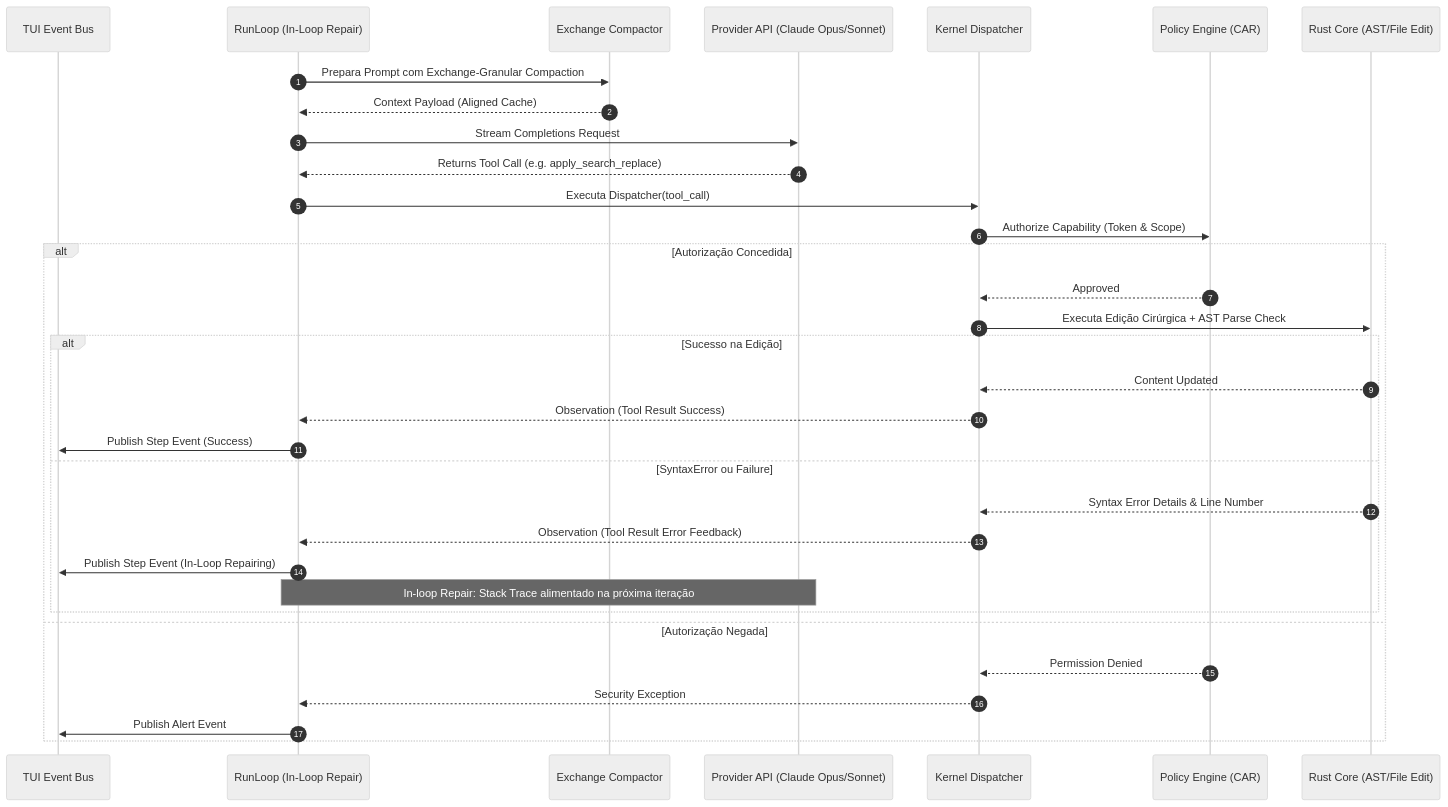
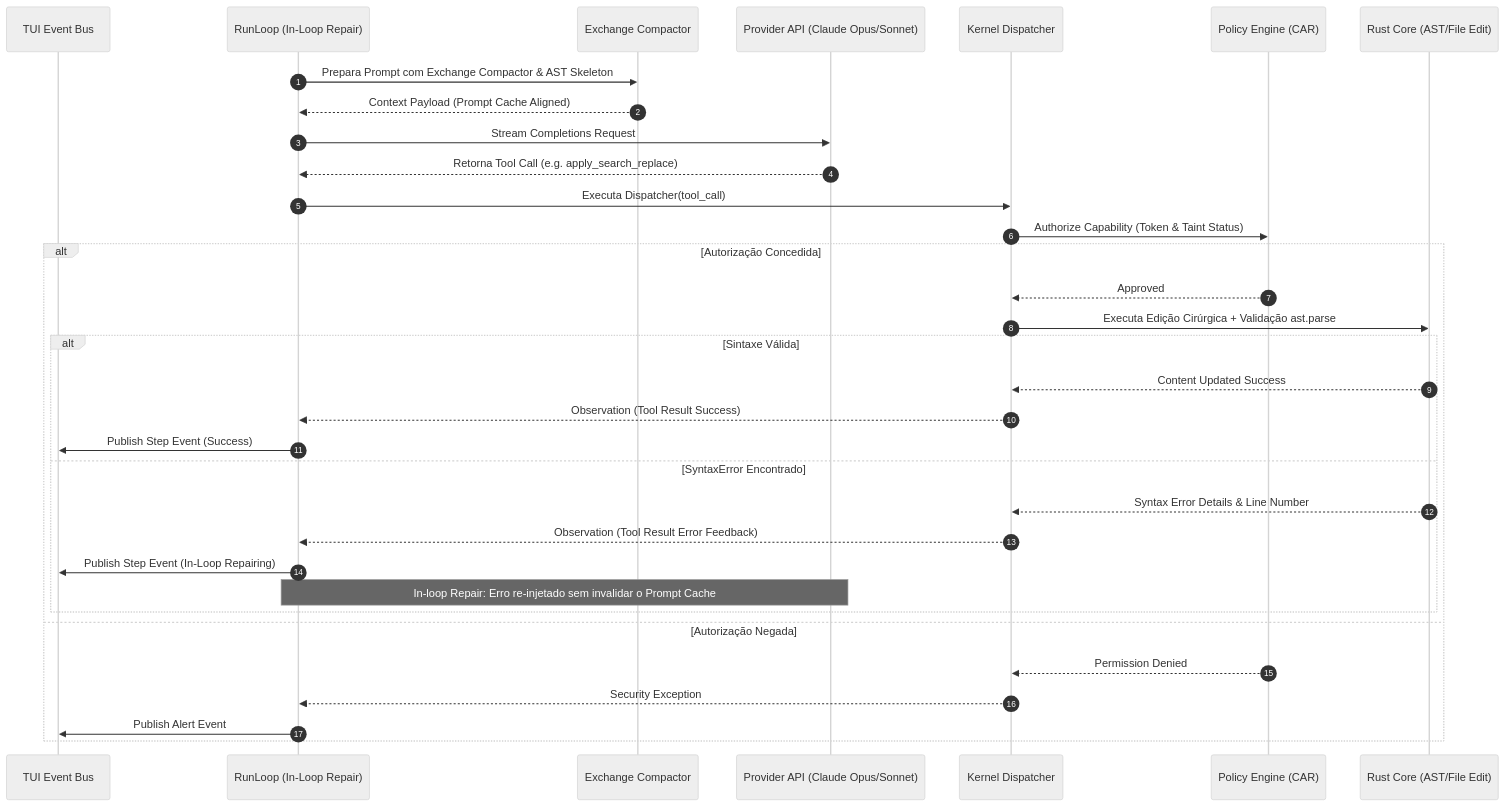
One commit to brainopensource/Harness-D-power changed the second of 2 diagrams in docs/rationale/rewrite_b/rewrite_v300_blueprint_arquitetura_B.md. Above: the diagram before and after it, drawn with Mermaid (neutral theme). The commit also changed other lines of this file and 7 other files, not shown here.

````diff
--- a/docs/rationale/rewrite_b/rewrite_v300_blueprint_arquitetura_B.md
+++ b/docs/rationale/rewrite_b/rewrite_v300_blueprint_arquitetura_B.md
@@ -158,36 +150,36 @@
 ```mermaid
 sequenceDiagram
     autonumber
     participant TUI as TUI Event Bus
     participant RL as RunLoop (In-Loop Repair)
     participant CTX as Exchange Compactor
     participant LLM as Provider API (Claude Opus/Sonnet)
     participant DISP as Kernel Dispatcher
     participant CAR as Policy Engine (CAR)
     participant RUST as Rust Core (AST/File Edit)
 
-    RL->>CTX: Prepara Prompt com Exchange-Granular Compaction
-    CTX-->>RL: Context Payload (Aligned Cache)
+    RL->>CTX: Prepara Prompt com Exchange Compactor & AST Skeleton
+    CTX-->>RL: Context Payload (Prompt Cache Aligned)
     RL->>LLM: Stream Completions Request
-    LLM-->>RL: Returns Tool Call (e.g. apply_search_replace)
+    LLM-->>RL: Retorna Tool Call (e.g. apply_search_replace)
     RL->>DISP: Executa Dispatcher(tool_call)
-    DISP->>CAR: Authorize Capability (Token & Scope)
+    DISP->>CAR: Authorize Capability (Token & Taint Status)
     alt Autorização Concedida
         CAR-->>DISP: Approved
-        DISP->>RUST: Executa Edição Cirúrgica + AST Parse Check
-        alt Sucesso na Edição
-            RUST-->>DISP: Content Updated
+        DISP->>RUST: Executa Edição Cirúrgica + Validação ast.parse
+        alt Sintaxe Válida
+            RUST-->>DISP: Content Updated Success
             DISP-->>RL: Observation (Tool Result Success)
             RL->>TUI: Publish Step Event (Success)
-        else SyntaxError ou Failure
+        else SyntaxError Encontrado
             RUST-->>DISP: Syntax Error Details & Line Number
             DISP-->>RL: Observation (Tool Result Error Feedback)
             RL->>TUI: Publish Step Event (In-Loop Repairing)
-            Note over RL,LLM: In-loop Repair: Stack Trace alimentado na próxima iteração
+            Note over RL,LLM: In-loop Repair: Erro re-injetado sem invalidar o Prompt Cache
         end
     else Autorização Negada
         CAR-->>DISP: Permission Denied
         DISP-->>RL: Security Exception
         RL->>TUI: Publish Alert Event
     end
 ```
````
